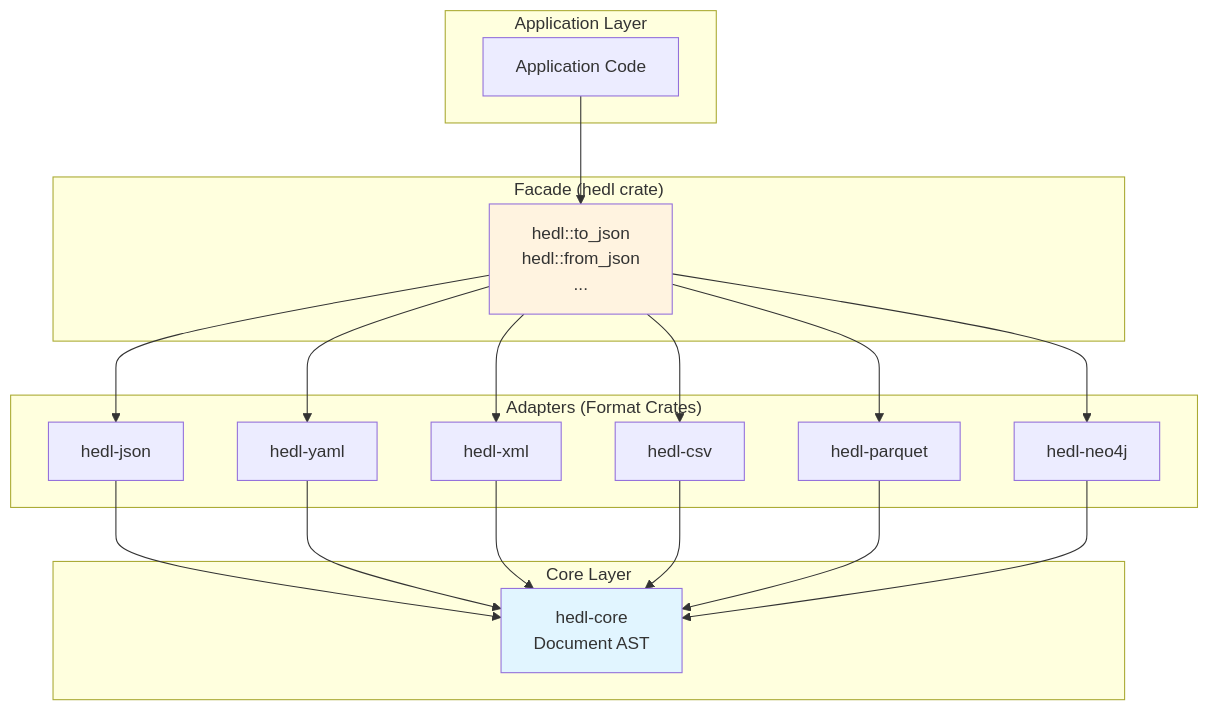
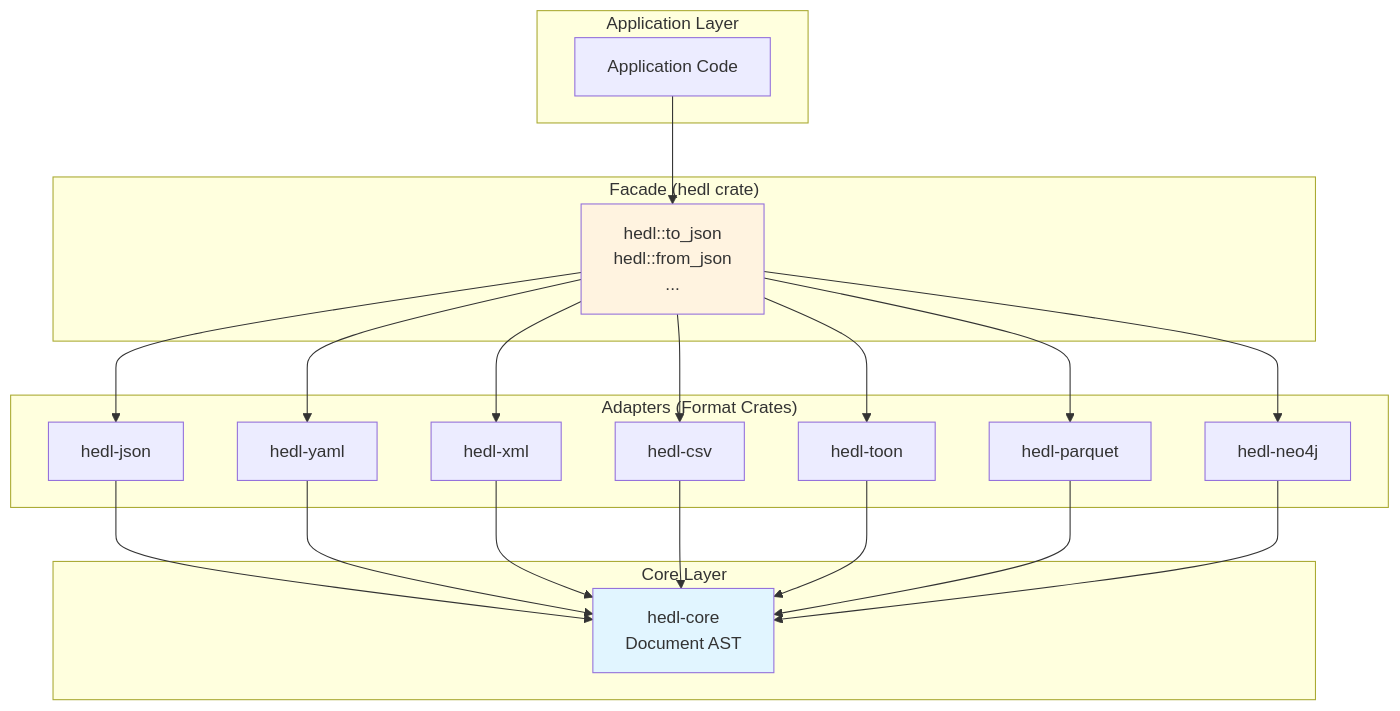
The diagram in docs/architecture/format-adapters.md (dweve-ai/hedl), drawn with Mermaid before and after one commit. The commit also changed other lines of this file and 735 other files, not shown here.

````diff
--- a/docs/architecture/format-adapters.md
+++ b/docs/architecture/format-adapters.md
@@ -27,41 +34,44 @@
 ```mermaid
 graph TB
     subgraph "Application Layer"
         APP[Application Code]
     end
 
     subgraph "Facade (hedl crate)"
         FACADE[hedl::to_json<br/>hedl::from_json<br/>...]
     end
 
     subgraph "Adapters (Format Crates)"
         JSON[hedl-json]
         YAML[hedl-yaml]
         XML[hedl-xml]
         CSV[hedl-csv]
+        TOON[hedl-toon]
         PARQUET[hedl-parquet]
         NEO4J[hedl-neo4j]
     end
 
     subgraph "Core Layer"
         CORE[hedl-core<br/>Document AST]
     end
 
     APP --> FACADE
     FACADE --> JSON
     FACADE --> YAML
     FACADE --> XML
     FACADE --> CSV
+    FACADE --> TOON
     FACADE --> PARQUET
     FACADE --> NEO4J
 
     JSON --> CORE
     YAML --> CORE
     XML --> CORE
     CSV --> CORE
+    TOON --> CORE
     PARQUET --> CORE
     NEO4J --> CORE
 
     style CORE fill:#e1f5ff
     style FACADE fill:#fff3e0
 ```
````
